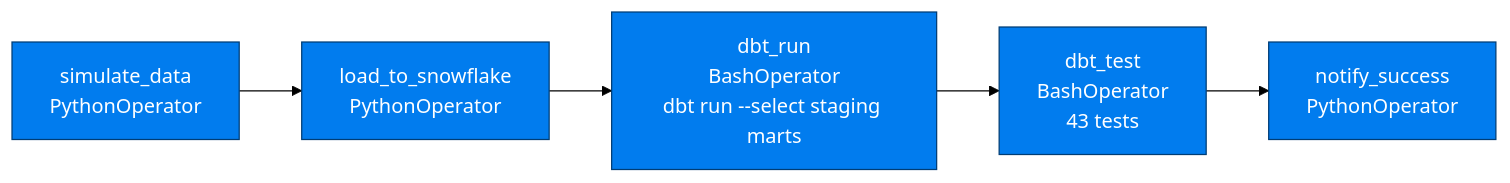
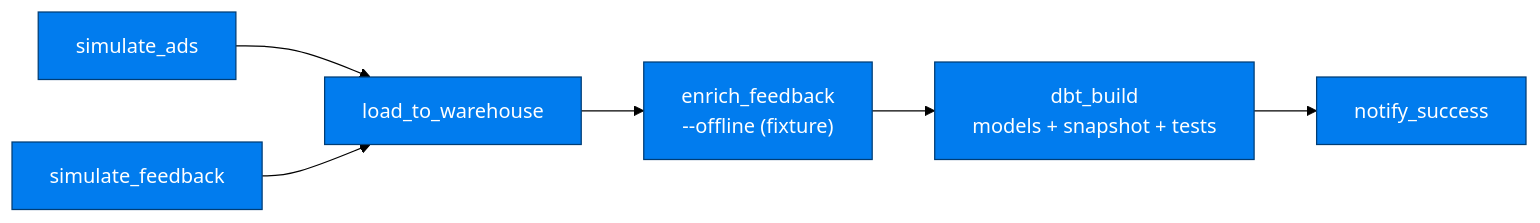
Before and after one commit to Rodrigo-Rosillo/marketing-analytics-pipeline: the second of 3 diagrams in DATA_FLOW.md, drawn with Mermaid (forest theme). The commit also changed other lines of this file and 20 other files, not shown here.

````diff
--- a/DATA_FLOW.md
+++ b/DATA_FLOW.md
@@ -117,10 +111,11 @@
 ```mermaid
 flowchart LR
-    A[simulate_data<br/>PythonOperator] --> B[load_to_snowflake<br/>PythonOperator]
-    B --> C["dbt_run<br/>BashOperator<br/>dbt run --select staging marts"]
-    C --> D[dbt_test<br/>BashOperator<br/>43 tests]
-    D --> E[notify_success<br/>PythonOperator]
+    A[simulate_ads] --> C[load_to_warehouse]
+    B[simulate_feedback] --> C
+    C --> D["enrich_feedback<br/>--offline (fixture)"]
+    D --> E["dbt_build<br/>models + snapshot + tests"]
+    E --> F[notify_success]
 
     classDef task fill:#017cee,stroke:#003d75,color:#fff
-    class A,B,C,D,E task
+    class A,B,C,D,E,F task
 ```
````
